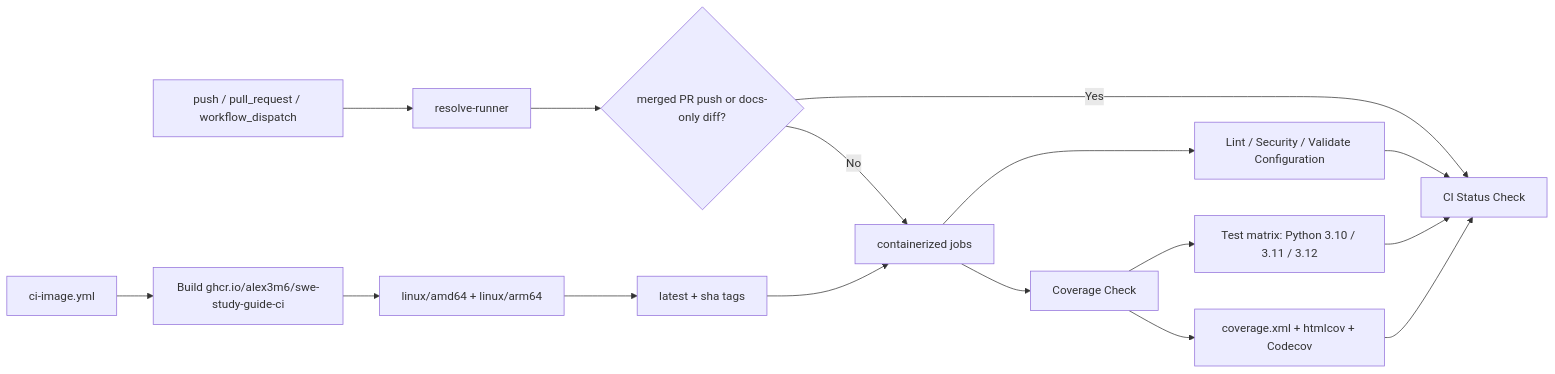
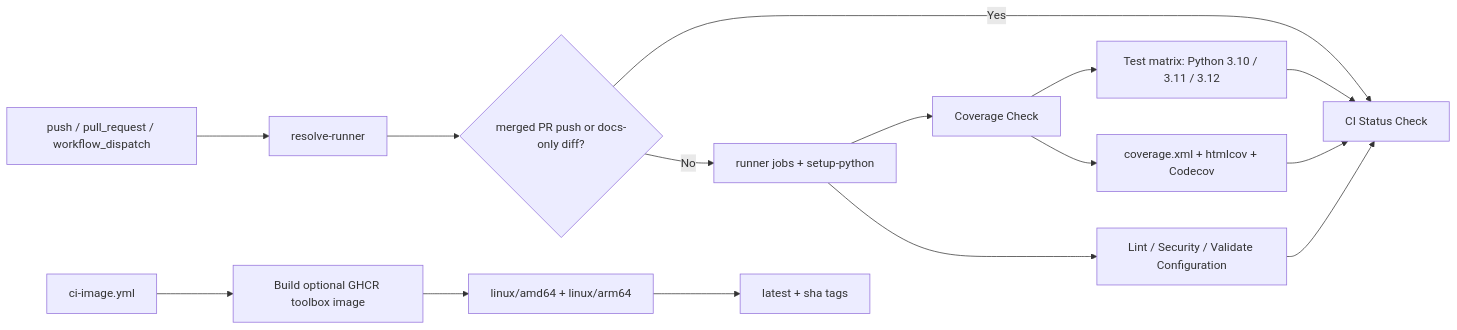
One commit to amendez13/swe-study-guide changed the diagram in docs/CI.md. Above: the diagram before and after it, drawn with Mermaid. The commit also changed other lines of this file and 10 other files, not shown here.

````diff
--- a/docs/CI.md
+++ b/docs/CI.md
@@ -150,19 +150,18 @@
 ```mermaid
 flowchart LR
     A["push / pull_request / workflow_dispatch"] --> B["resolve-runner"]
     B --> B1{"merged PR push or docs-only diff?"}
     B1 -- Yes --> H["CI Status Check"]
-    B1 -- No --> C["containerized jobs"]
+    B1 -- No --> C["runner jobs + setup-python"]
     C --> D["Coverage Check"]
     C --> E["Lint / Security / Validate Configuration"]
     D --> F["Test matrix: Python 3.10 / 3.11 / 3.12"]
     D --> G["coverage.xml + htmlcov + Codecov"]
     E --> H
     F --> H
     G --> H
 
-    I["ci-image.yml"] --> J["Build ghcr.io/alex3m6/swe-study-guide-ci"]
+    I["ci-image.yml"] --> J["Build optional GHCR toolbox image"]
     J --> K["linux/amd64 + linux/arm64"]
     K --> L["latest + sha tags"]
-    L --> C
 ```
````
